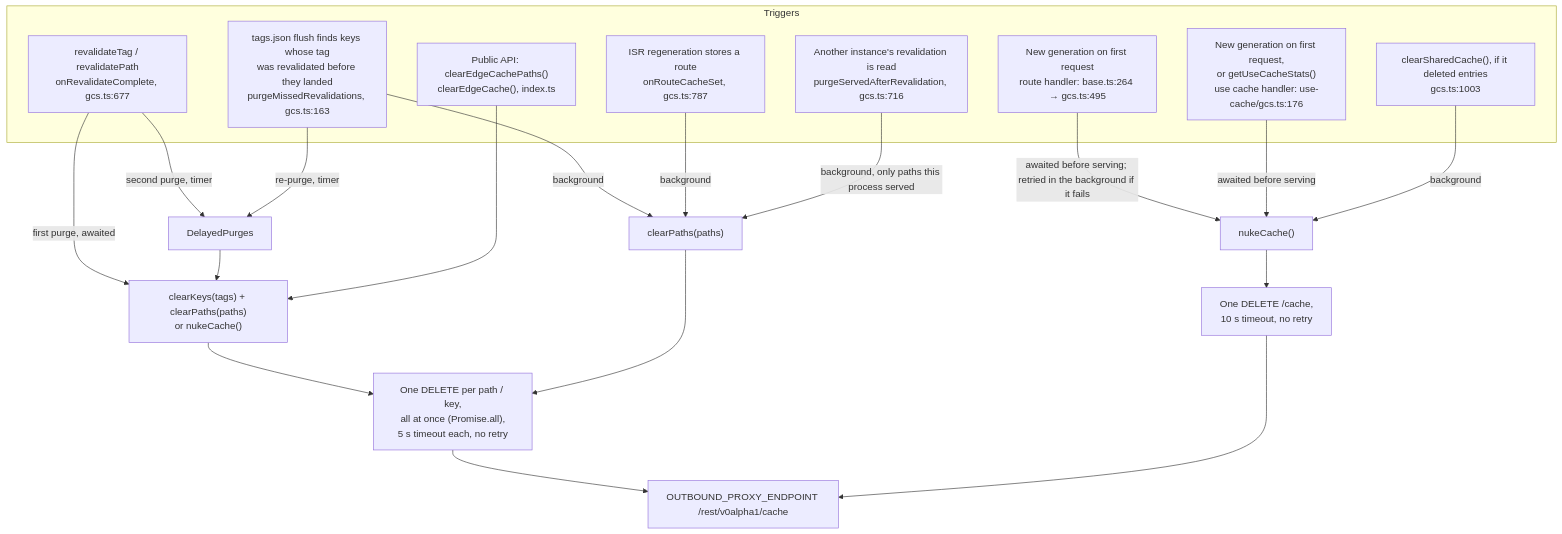
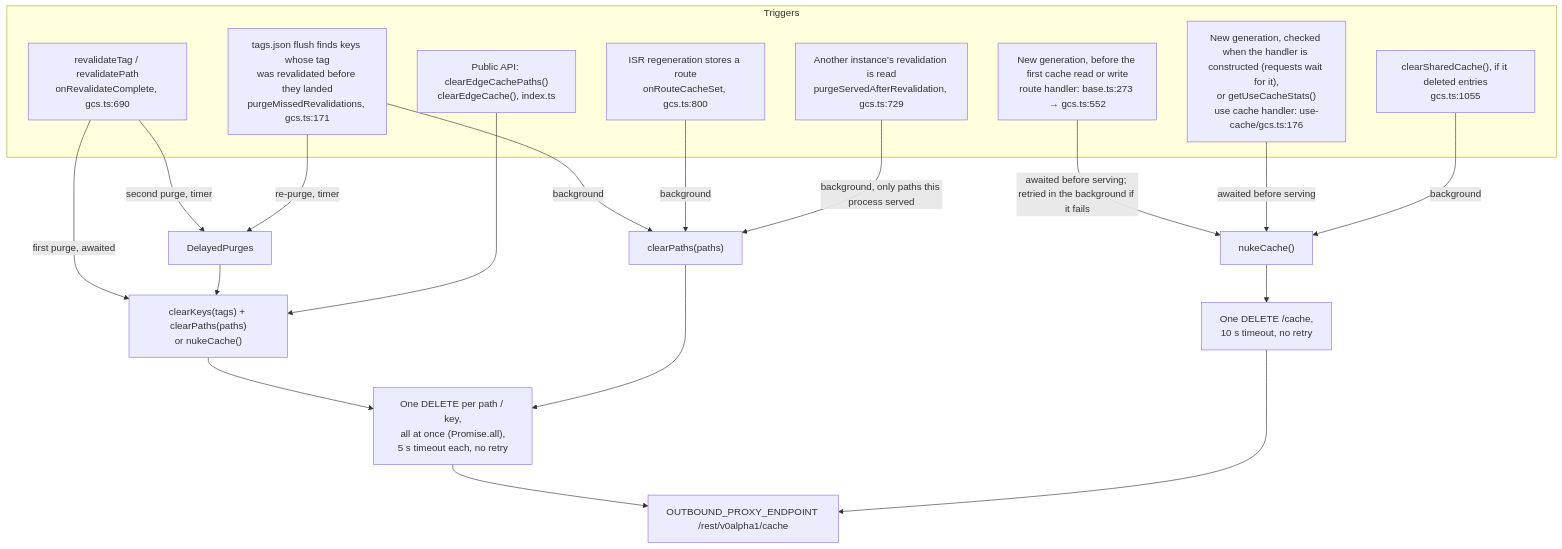
The fourth of 5 diagrams in ARCHITECTURE.md (pantheon-systems/nextjs-cache-handler), drawn with Mermaid before and after one commit. The commit also changed other lines of this file and 2 other files, not shown here.

Commit message:
docs(SITE-6368): correct architecture doc and further doc clean-up

````diff
--- a/ARCHITECTURE.md
+++ b/ARCHITECTURE.md
@@ -212,31 +212,31 @@
 ```mermaid
 flowchart TB
   subgraph triggers["Triggers"]
-    t1["revalidateTag / revalidatePath<br/>onRevalidateComplete, gcs.ts:677"]
-    t2["ISR regeneration stores a route<br/>onRouteCacheSet, gcs.ts:787"]
-    t3["tags.json flush finds keys whose tag<br/>was revalidated before they landed<br/>purgeMissedRevalidations, gcs.ts:163"]
-    t4["New generation on first request<br/>route handler: base.ts:264 → gcs.ts:495"]
-    t5["New generation on first request,<br/>or getUseCacheStats()<br/>use cache handler: use-cache/gcs.ts:176"]
-    t6["clearSharedCache(), if it deleted entries<br/>gcs.ts:1003"]
-    t8["Another instance's revalidation is read<br/>purgeServedAfterRevalidation, gcs.ts:716"]
+    t1["revalidateTag / revalidatePath<br/>onRevalidateComplete, gcs.ts:690"]
+    t2["ISR regeneration stores a route<br/>onRouteCacheSet, gcs.ts:800"]
+    t3["tags.json flush finds keys whose tag<br/>was revalidated before they landed<br/>purgeMissedRevalidations, gcs.ts:171"]
+    t4["New generation, before the first cache read or write<br/>route handler: base.ts:273 → gcs.ts:552"]
+    t5["New generation, checked when the handler is constructed (requests wait for it),<br/>or getUseCacheStats()<br/>use cache handler: use-cache/gcs.ts:176"]
+    t6["clearSharedCache(), if it deleted entries<br/>gcs.ts:1055"]
+    t8["Another instance's revalidation is read<br/>purgeServedAfterRevalidation, gcs.ts:729"]
     t7["Public API: clearEdgeCachePaths()<br/>clearEdgeCache(), index.ts"]
   end
 
   t1 -- "first purge, awaited" --> keysPaths["clearKeys(tags) + clearPaths(paths)<br/>or nukeCache()"]
   t1 -- "second purge, timer" --> dp[DelayedPurges]
   t3 -- "background" --> paths1["clearPaths(paths)"]
   t3 -- "re-purge, timer" --> dp
   dp --> keysPaths
   t2 -- "background" --> paths1
   t4 -- "awaited before serving; retried in the background if it fails" --> nuke["nukeCache()"]
   t5 -- "awaited before serving" --> nuke
   t6 -- "background" --> nuke
   t7 --> keysPaths
   t8 -- "background, only paths this process served" --> paths1
 
   keysPaths --> fan["One DELETE per path / key,<br/>all at once (Promise.all),<br/>5 s timeout each, no retry"]
   paths1 --> fan
   nuke --> one["One DELETE /cache,<br/>10 s timeout, no retry"]
   fan --> proxy[OUTBOUND_PROXY_ENDPOINT /rest/v0alpha1/cache]
   one --> proxy
 ```
````
